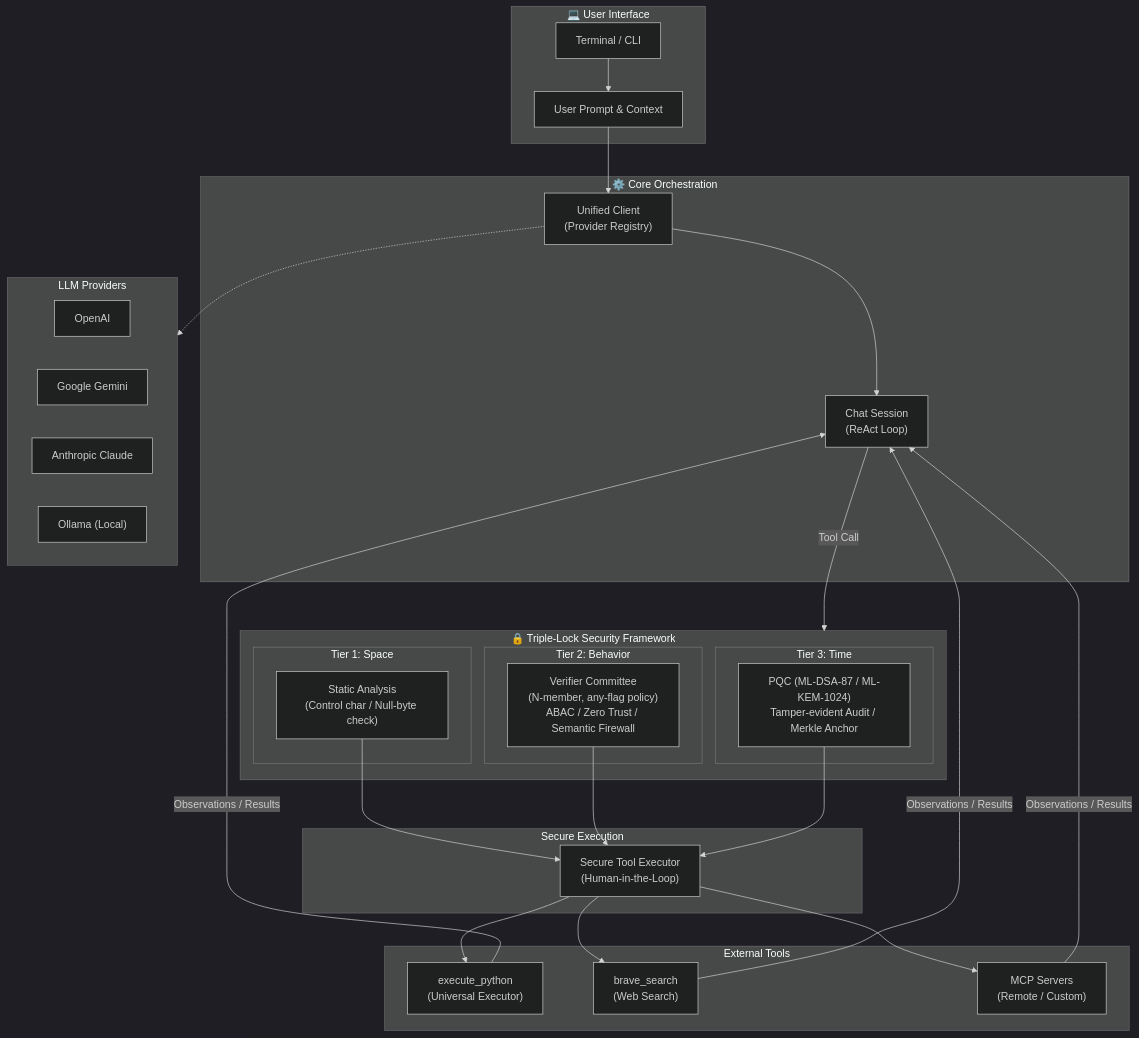
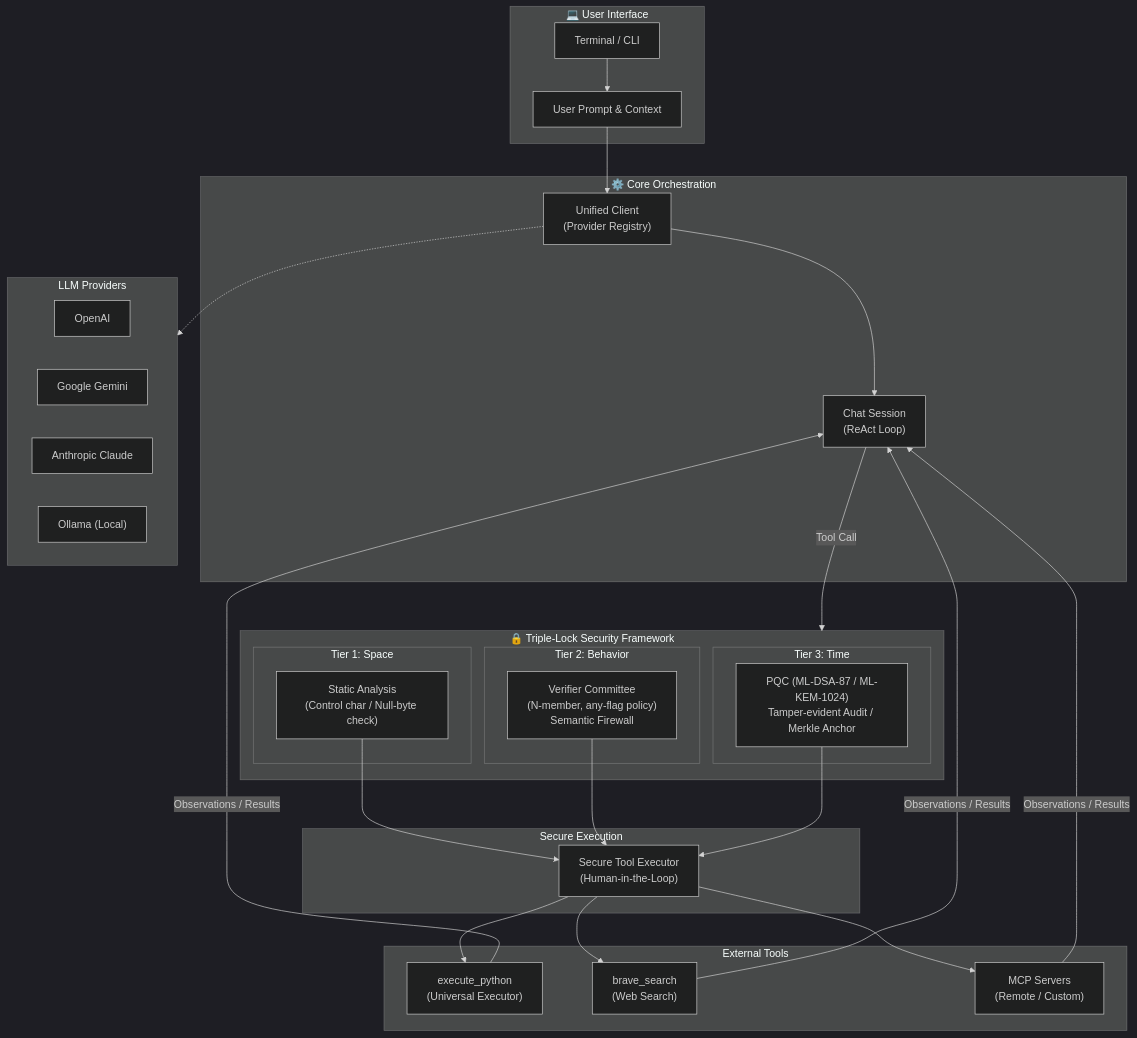
The diagram in README.md (yosh95/llm-secure-cli), drawn with Mermaid (dark theme) before and after one commit. The commit also changed other lines of this file and 18 other files, not shown here.

````diff
--- a/README.md
+++ b/README.md
@@ -43,57 +41,57 @@
 ```mermaid
 flowchart TB
     subgraph UI["💻 User Interface"]
         A["Terminal / CLI"]
         B["User Prompt & Context"]
     end
 
     subgraph Core["⚙️ Core Orchestration"]
         C["Unified Client<br/>(Provider Registry)"]
         D["Chat Session<br/>(ReAct Loop)"]
     end
 
     subgraph Providers["LLM Providers"]
         E1["OpenAI"]
         E2["Google Gemini"]
         E3["Anthropic Claude"]
         E4["Ollama (Local)"]
     end
 
     subgraph Security["🔒 Triple-Lock Security Framework"]
         subgraph T1["Tier 1: Space"]
             F1["Static Analysis<br/>(Control char / Null-byte check)"]
         end
         subgraph T2["Tier 2: Behavior"]
-            F2["Verifier Committee<br/>(N-member, any-flag policy)<br/>ABAC / Zero Trust / Semantic Firewall"]
+            F2["Verifier Committee<br/>(N-member, any-flag policy)<br/>Semantic Firewall"]
         end
         subgraph T3["Tier 3: Time"]
             F3["PQC (ML-DSA-87 / ML-KEM-1024)<br/>Tamper-evident Audit / Merkle Anchor"]
         end
     end
 
     subgraph Execution["Secure Execution"]
         G["Secure Tool Executor<br/>(Human-in-the-Loop)"]
     end
 
     subgraph Tools["External Tools"]
         H1["execute_python<br/>(Universal Executor)"]
         H2["brave_search<br/>(Web Search)"]
         H3["MCP Servers<br/>(Remote / Custom)"]
     end
 
     A --> B
     B --> C
     C --> D
     C -.-> Providers
     
     D -->|"Tool Call"| Security
     F1 --> G
     F2 --> G
     F3 --> G
     
     G --> H1
     G --> H2
     G --> H3
     
     H1 & H2 & H3 -->|"Observations / Results"| D
 ```
````
